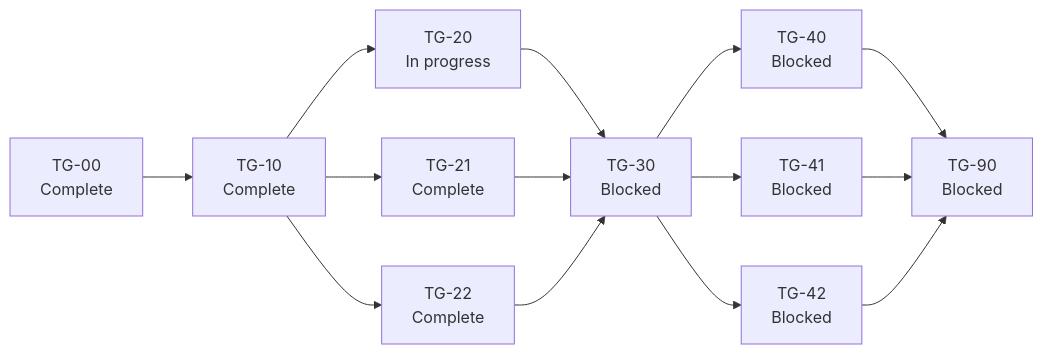
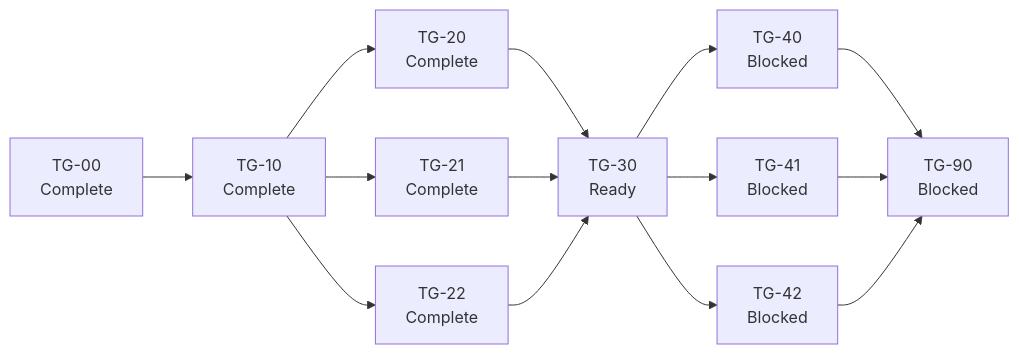
Before and after one commit to vatsalsaglani/rafu: the diagram in docs/plans/phases/terminal-groups/manifest.md, drawn with Mermaid. The commit also changed other lines of this file, not shown here.

````diff
--- a/docs/plans/phases/terminal-groups/manifest.md
+++ b/docs/plans/phases/terminal-groups/manifest.md
@@ -9,27 +9,27 @@
 ```mermaid
 flowchart LR
     D["TG-00<br/>Complete"]
     C["TG-10<br/>Complete"]
-    R["TG-20<br/>In progress"]
+    R["TG-20<br/>Complete"]
     V["TG-21<br/>Complete"]
     S["TG-22<br/>Complete"]
-    W["TG-30<br/>Blocked"]
+    W["TG-30<br/>Ready"]
     M["TG-40<br/>Blocked"]
     K["TG-41<br/>Blocked"]
     A["TG-42<br/>Blocked"]
     Q["TG-90<br/>Blocked"]
 
     D --> C
     C --> R
     C --> V
     C --> S
     R --> W
     V --> W
     S --> W
     W --> M
     W --> K
     W --> A
     M --> Q
     K --> Q
     A --> Q
 ```
````
